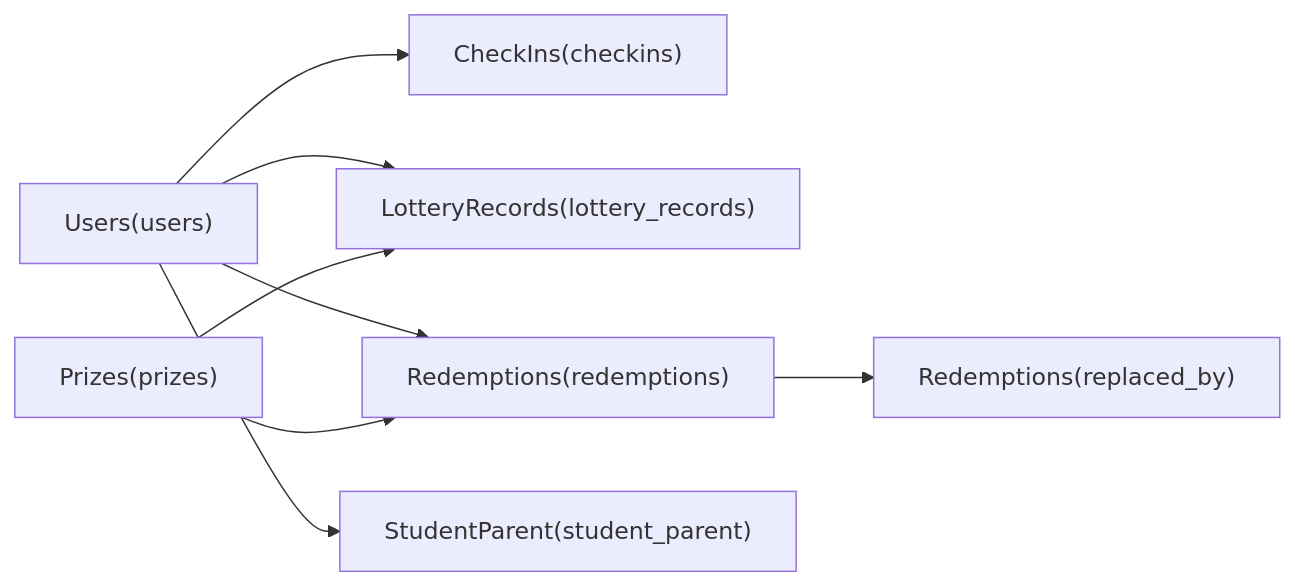
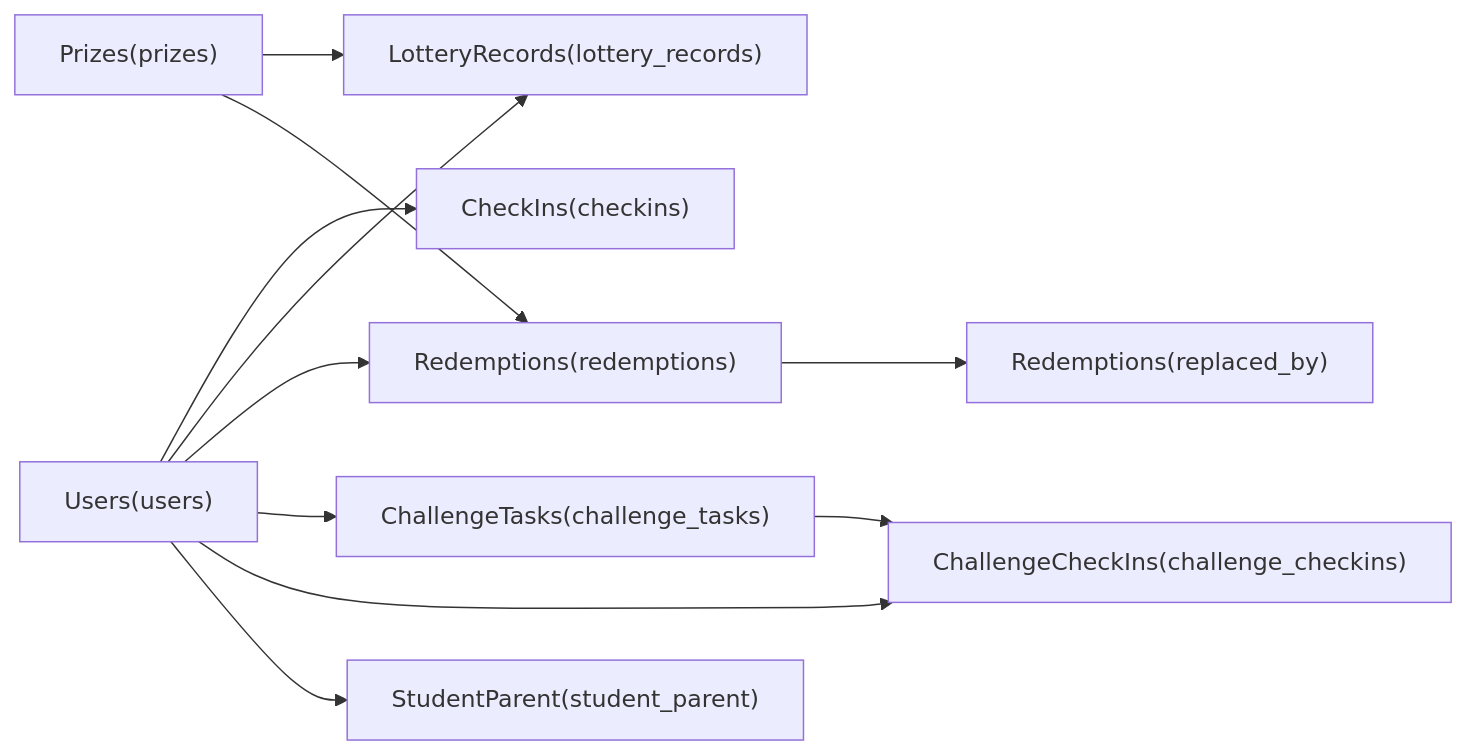
Before and after one commit to onebody/homework: the seventh of 7 diagrams in .qoder/repowiki/zh/content/数据库设计/数据库设计.md, drawn with Mermaid. The commit also changed other lines of this file and 15 other files, not shown here.

````diff
--- a/.qoder/repowiki/zh/content/数据库设计/数据库设计.md
+++ b/.qoder/repowiki/zh/content/数据库设计/数据库设计.md
@@ -388,10 +510,13 @@
 ```mermaid
 graph LR
 U["Users(users)"] --> CP["CheckIns(checkins)"]
 U --> LR["LotteryRecords(lottery_records)"]
 U --> RDM["Redemptions(redemptions)"]
+U --> CT["ChallengeTasks(challenge_tasks)"]
+U --> CCI["ChallengeCheckIns(challenge_checkins)"]
 PZ["Prizes(prizes)"] --> LR
 PZ --> RDM
 U --> SP["StudentParent(student_parent)"]
 RDM --> RDMSelf["Redemptions(replaced_by)"]
+CT --> CCI
 ```
````
